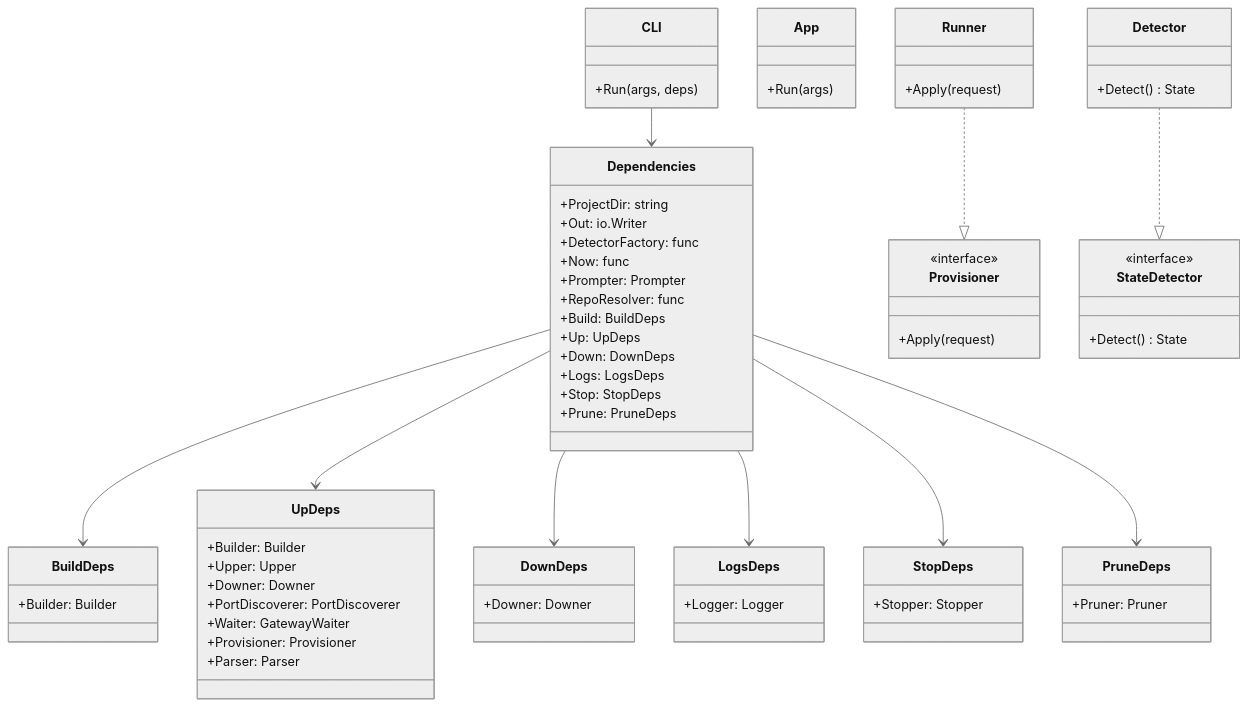
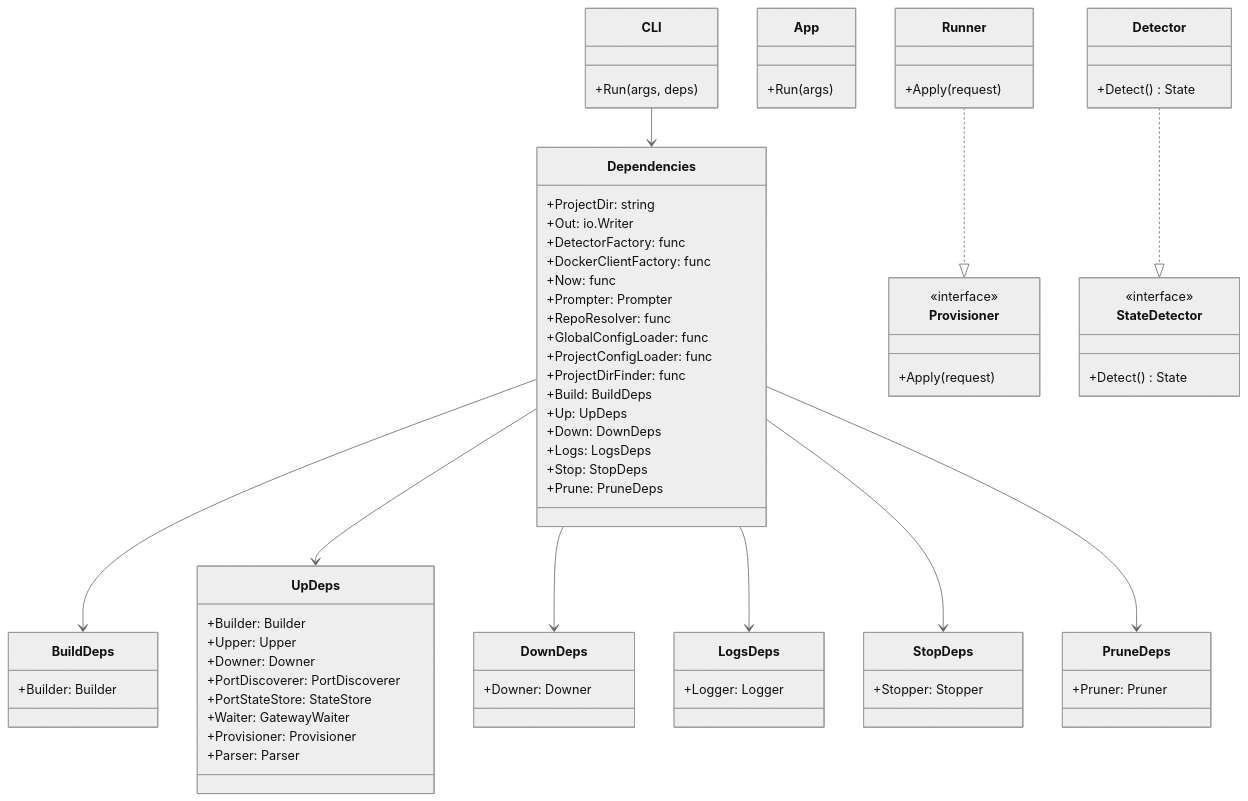
One commit to poruru-code/esb-cli changed the second of 3 diagrams in docs/architecture.md. Above: the diagram before and after it, drawn with Mermaid (neutral theme). The commit also changed other lines of this file and 7 other files, not shown here.

Commit message:
CLI: update documentation for architecture, build, env, info, project, sam parsing, and up commands

```diff
--- a/docs/architecture.md
+++ b/docs/architecture.md
@@ -45,9 +45,13 @@
         +ProjectDir: string
         +Out: io.Writer
         +DetectorFactory: func
+        +DockerClientFactory: func
         +Now: func
         +Prompter: Prompter
         +RepoResolver: func
+        +GlobalConfigLoader: func
+        +ProjectConfigLoader: func
+        +ProjectDirFinder: func
         +Build: BuildDeps
         +Up: UpDeps
         +Down: DownDeps
@@ -65,6 +69,7 @@
         +Upper: Upper
         +Downer: Downer
         +PortDiscoverer: PortDiscoverer
+        +PortStateStore: StateStore
         +Waiter: GatewayWaiter
         +Provisioner: Provisioner
         +Parser: Parser
```
